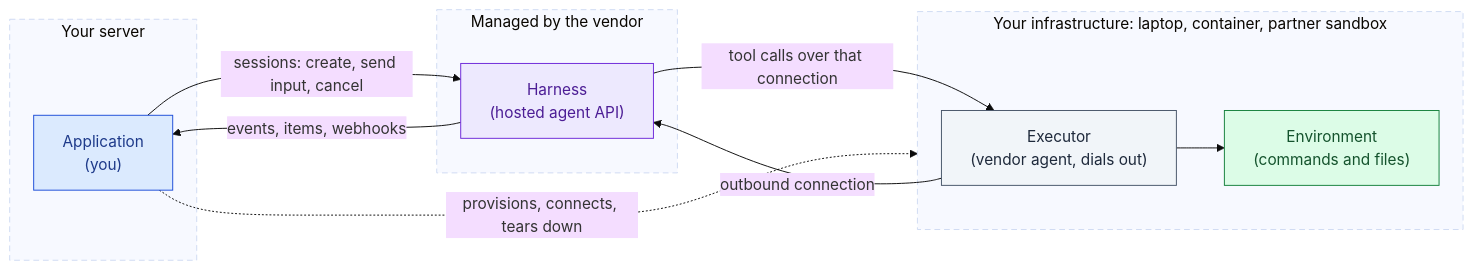
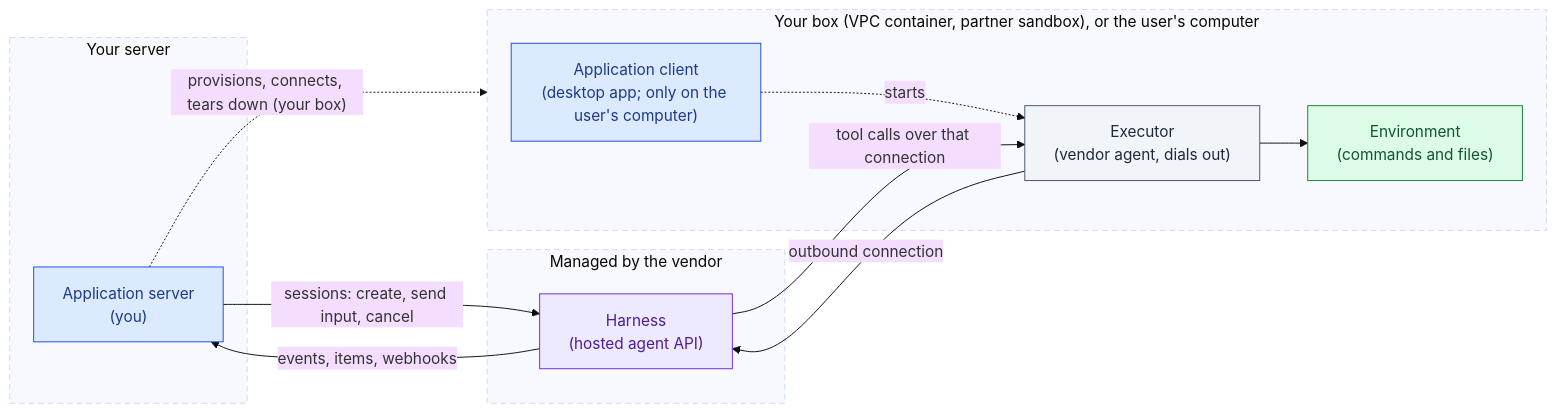
Before and after one commit to botiverse/oar: the fifth of 12 diagrams in docs/design/patterns.md, drawn with Mermaid (base theme). The commit also changed other lines of this file and 1 other file, not shown here.

First line of the commit message:
docs(design): rewrite deployment patterns around the client and server split

````diff
--- a/docs/design/patterns.md
+++ b/docs/design/patterns.md
@@ -372,26 +427,28 @@
 ```mermaid
 flowchart LR
-  subgraph app["Your server"]
-    App["Application<br/>(you)"]:::app
+  subgraph server["Your server"]
+    App["Application server<br/>(you)"]:::app
   end
   subgraph vendor["Managed by the vendor"]
     Harness["Harness<br/>(hosted agent API)"]:::harness
   end
-  subgraph yourenv["Your infrastructure: laptop, container, partner sandbox"]
+  subgraph yourenv["Your box (VPC container, partner sandbox), or the user's computer"]
+    Client["Application client<br/>(desktop app; only on the user's computer)"]:::app
     Exec["Executor<br/>(vendor agent, dials out)"]:::front
     Env["Environment<br/>(commands and files)"]:::env
   end
   App -- "sessions: create, send input, cancel" --> Harness
   Harness -- "events, items, webhooks" --> App
+  Client -. "starts" .-> Exec
   Exec -- "outbound connection" --> Harness
   Harness -- "tool calls over that connection" --> Exec
   Exec --> Env
-  App -. "provisions, connects, tears down" .-> yourenv
-  style app stroke-dasharray: 6 4
+  App -. "provisions, connects, tears down (your box)" .-> yourenv
+  style server stroke-dasharray: 6 4
   style vendor stroke-dasharray: 6 4
   style yourenv stroke-dasharray: 6 4
   classDef app fill:#dbeafe,stroke:#1d4ed8,color:#1e3a8a
   classDef harness fill:#ede9fe,stroke:#6d28d9,color:#4c1d95
   classDef env fill:#dcfce7,stroke:#15803d,color:#14532d
   classDef front fill:#f1f5f9,stroke:#475569,color:#1e293b
 ```
````
